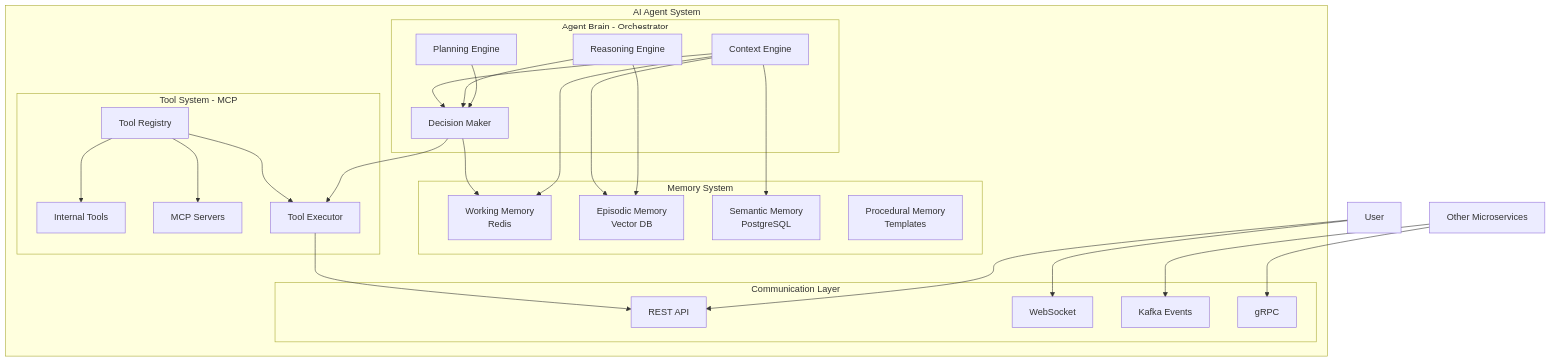
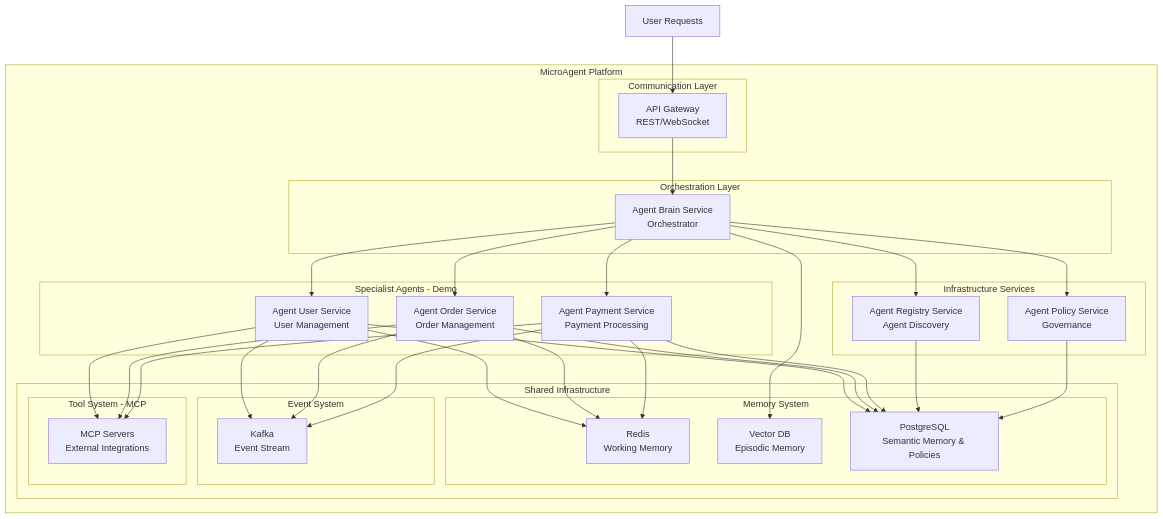
The first of 14 diagrams in docs/architecture/architecture_visual_mermaid.md (ptvinhtech13/micro-agent), drawn with Mermaid before and after one commit. The commit also changed other lines of this file and 10 other files, not shown here.

````diff
--- a/docs/architecture/architecture_visual_mermaid.md
+++ b/docs/architecture/architecture_visual_mermaid.md
@@ -5,53 +5,68 @@
 ```mermaid
 graph TB
-    subgraph "AI Agent System"
-        subgraph "Agent Brain - Orchestrator"
-            CE[Context Engine]
-            RE[Reasoning Engine]
-            PE[Planning Engine]
-            DM[Decision Maker]
-            
-            CE --> DM
-            RE --> DM
-            PE --> DM
+    subgraph "MicroAgent Platform"
+        subgraph "Orchestration Layer"
+            BRAIN[Agent Brain Service<br/>Orchestrator]
         end
-        
-        subgraph "Memory System"
-            WM[Working Memory<br/>Redis]
-            EM[Episodic Memory<br/>Vector DB]
-            SM[Semantic Memory<br/>PostgreSQL]
-            PM[Procedural Memory<br/>Templates]
+
+        subgraph "Infrastructure Services"
+            REGISTRY[Agent Registry Service<br/>Agent Discovery]
+            POLICY[Agent Policy Service<br/>Governance]
         end
-        
-        subgraph "Tool System - MCP"
-            TR[Tool Registry]
-            IT[Internal Tools]
-            MCP[MCP Servers]
-            TE[Tool Executor]
-            
-            TR --> IT
-            TR --> MCP
-            TR --> TE
+
+        subgraph "Specialist Agents - Demo"
+            USER_AGENT[Agent User Service<br/>User Management]
+            ORDER_AGENT[Agent Order Service<br/>Order Management]
+            PAYMENT_AGENT[Agent Payment Service<br/>Payment Processing]
         end
-        
+
+        subgraph "Shared Infrastructure"
+            subgraph "Memory System"
+                REDIS[Redis<br/>Working Memory]
+                VECTOR[Vector DB<br/>Episodic Memory]
+                POSTGRES[PostgreSQL<br/>Semantic Memory & Policies]
+            end
+
+            subgraph "Event System"
+                KAFKA[Kafka<br/>Event Stream]
+            end
+
+            subgraph "Tool System - MCP"
+                MCP[MCP Servers<br/>External Integrations]
+            end
+        end
+
         subgraph "Communication Layer"
-            REST[REST API]
-            WS[WebSocket]
-            KAFKA[Kafka Events]
-            GRPC[gRPC]
+            API_GW[API Gateway<br/>REST/WebSocket]
         end
-        
-        DM --> WM
-        DM --> TE
-        CE --> WM
-        CE --> EM
-        CE --> SM
-        RE --> EM
-        TE --> REST
     end
-    
-    USER[User] --> REST
-    USER --> WS
-    MS[Other Microservices] --> KAFKA
-    MS --> GRPC
+
+    USER[User Requests] --> API_GW
+    API_GW --> BRAIN
+
+    BRAIN --> REGISTRY
+    BRAIN --> POLICY
+    BRAIN --> USER_AGENT
+    BRAIN --> ORDER_AGENT
+    BRAIN --> PAYMENT_AGENT
+
+    USER_AGENT --> REDIS
+    ORDER_AGENT --> REDIS
+    PAYMENT_AGENT --> REDIS
+
+    USER_AGENT --> POSTGRES
+    ORDER_AGENT --> POSTGRES
+    PAYMENT_AGENT --> POSTGRES
+
+    BRAIN --> VECTOR
+    REGISTRY --> POSTGRES
+    POLICY --> POSTGRES
+
+    USER_AGENT --> KAFKA
+    ORDER_AGENT --> KAFKA
+    PAYMENT_AGENT --> KAFKA
+
+    USER_AGENT --> MCP
+    ORDER_AGENT --> MCP
+    PAYMENT_AGENT --> MCP
 ```
````
